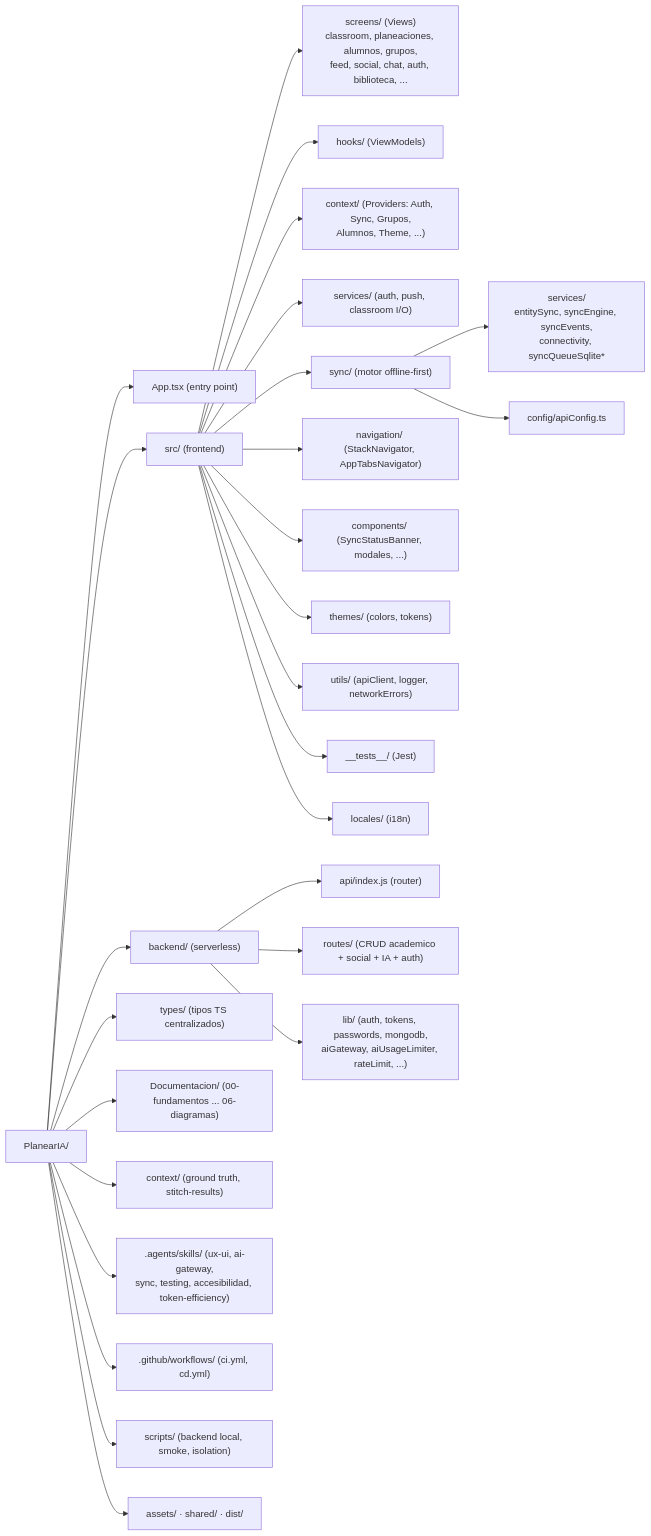
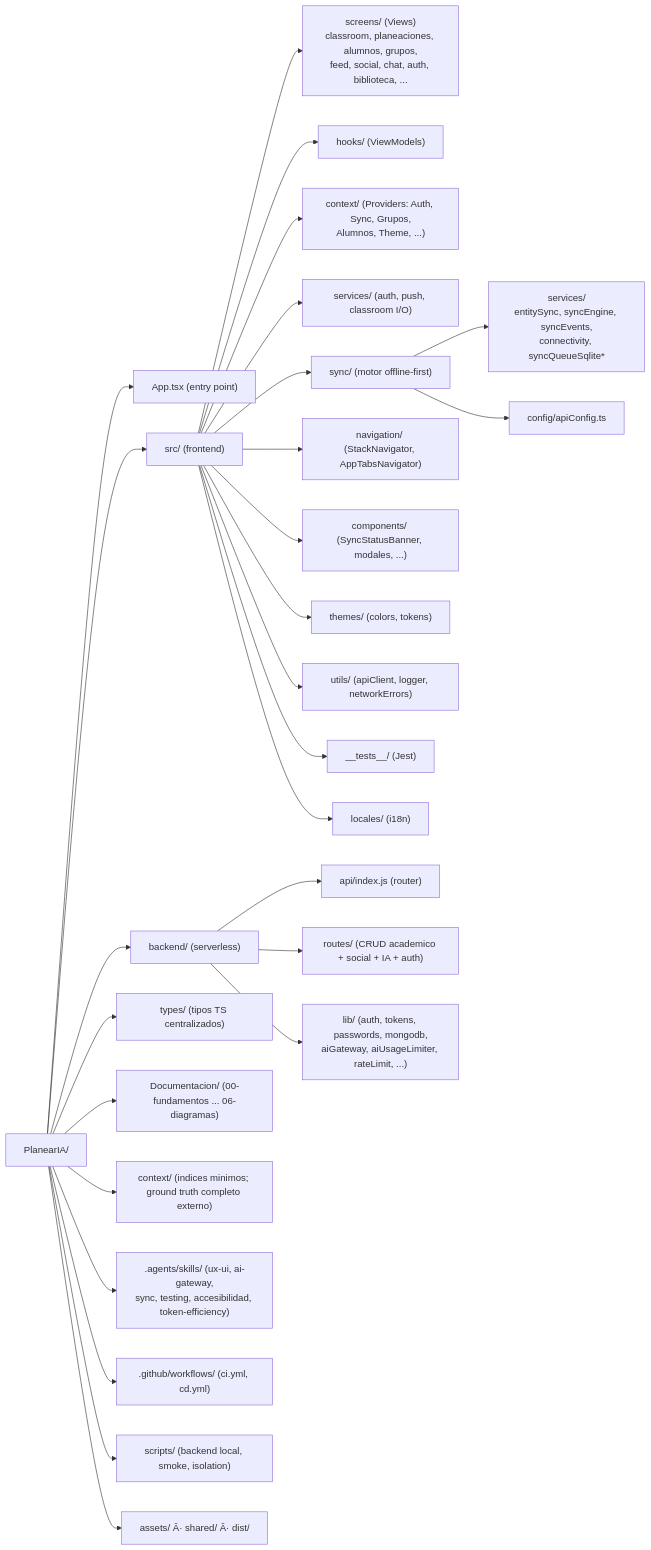
Before and after one commit to RitualBoat/PlanearIA: the third of 6 diagrams in Documentacion/06-diagramas/README.md, drawn with Mermaid. The commit also changed 428 other files, not shown here.

````diff
--- a/Documentacion/06-diagramas/README.md
+++ b/Documentacion/06-diagramas/README.md
@@ -178,34 +178,34 @@
 ```mermaid
 flowchart LR
     root["PlanearIA/"]
 
     root --> appentry["App.tsx (entry point)"]
     root --> src["src/ (frontend)"]
     root --> backend["backend/ (serverless)"]
     root --> types["types/ (tipos TS centralizados)"]
     root --> doc["Documentacion/ (00-fundamentos ... 06-diagramas)"]
-    root --> ctx["context/ (ground truth, stitch-results)"]
+    root --> ctx["context/ (indices minimos; ground truth completo externo)"]
     root --> agents[".agents/skills/ (ux-ui, ai-gateway,<br/>sync, testing, accesibilidad, token-efficiency)"]
     root --> gh[".github/workflows/ (ci.yml, cd.yml)"]
     root --> scripts["scripts/ (backend local, smoke, isolation)"]
-    root --> assets["assets/  ·  shared/  ·  dist/"]
+    root --> assets["assets/  Â·  shared/  Â·  dist/"]
 
     src --> screens["screens/ (Views)<br/>classroom, planeaciones, alumnos, grupos,<br/>feed, social, chat, auth, biblioteca, ..."]
     src --> hooks["hooks/ (ViewModels)"]
     src --> context["context/ (Providers: Auth, Sync, Grupos,<br/>Alumnos, Theme, ...)"]
     src --> services["services/ (auth, push, classroom I/O)"]
     src --> sync["sync/ (motor offline-first)"]
     src --> nav["navigation/ (StackNavigator, AppTabsNavigator)"]
     src --> components["components/ (SyncStatusBanner, modales, ...)"]
     src --> themes["themes/ (colors, tokens)"]
     src --> utils["utils/ (apiClient, logger, networkErrors)"]
     src --> tests["__tests__/ (Jest)"]
     src --> locales["locales/ (i18n)"]
 
     sync --> syncsvc["services/<br/>entitySync, syncEngine, syncEvents,<br/>connectivity, syncQueueSqlite*"]
     sync --> synccfg["config/apiConfig.ts"]
 
     backend --> api["api/index.js (router)"]
     backend --> broutes["routes/ (CRUD academico + social + IA + auth)"]
     backend --> blib["lib/ (auth, tokens, passwords, mongodb,<br/>aiGateway, aiUsageLimiter, rateLimit, ...)"]
 ```
````
